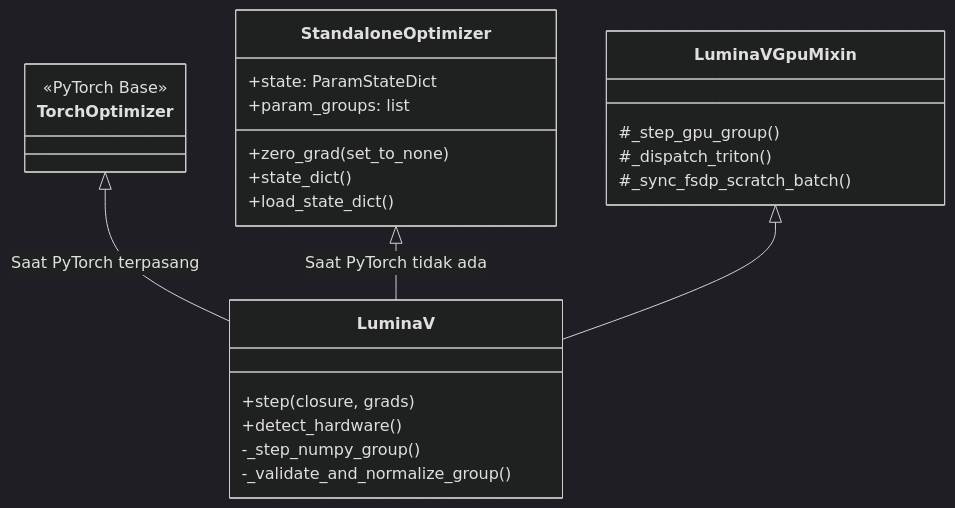
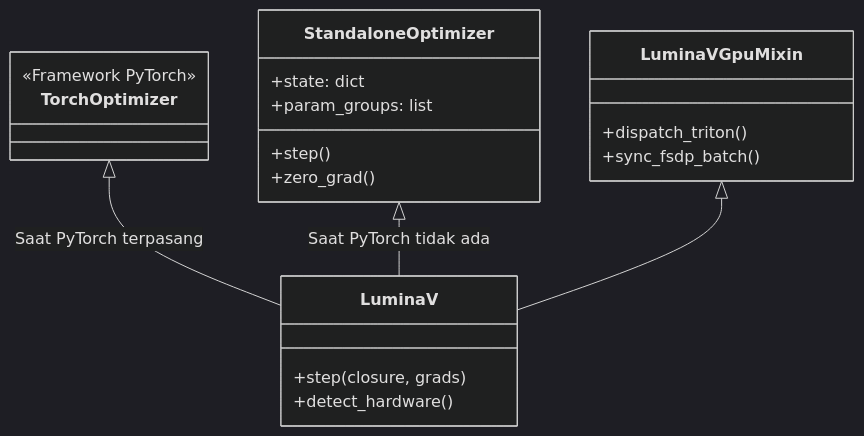
Before and after one commit to cloverx-id/luminamoon: the diagram in docs/optimize/python_runtime/README.id.md, drawn with Mermaid (dark theme). The commit also changed 33 other files, not shown here.

Commit message:
change diagram style

````diff
--- a/docs/optimize/python_runtime/README.id.md
+++ b/docs/optimize/python_runtime/README.id.md
@@ -11,31 +11,27 @@
 ```mermaid
 classDiagram
     class StandaloneOptimizer {
-        +state: ParamStateDict
+        +state: dict
         +param_groups: list
-        +zero_grad(set_to_none)
-        +state_dict()
-        +load_state_dict()
+        +step()
+        +zero_grad()
     }
 
     class TorchOptimizer {
-        <<PyTorch Base>>
+        <<Framework PyTorch>>
     }
 
     class LuminaVGpuMixin {
-        #_step_gpu_group()
-        #_dispatch_triton()
-        #_sync_fsdp_scratch_batch()
+        +dispatch_triton()
+        +sync_fsdp_batch()
     }
 
     class LuminaV {
         +step(closure, grads)
         +detect_hardware()
-        -_step_numpy_group()
-        -_validate_and_normalize_group()
     }
 
     TorchOptimizer <|-- LuminaV : Saat PyTorch terpasang
     StandaloneOptimizer <|-- LuminaV : Saat PyTorch tidak ada
     LuminaVGpuMixin <|-- LuminaV
 ```
````
